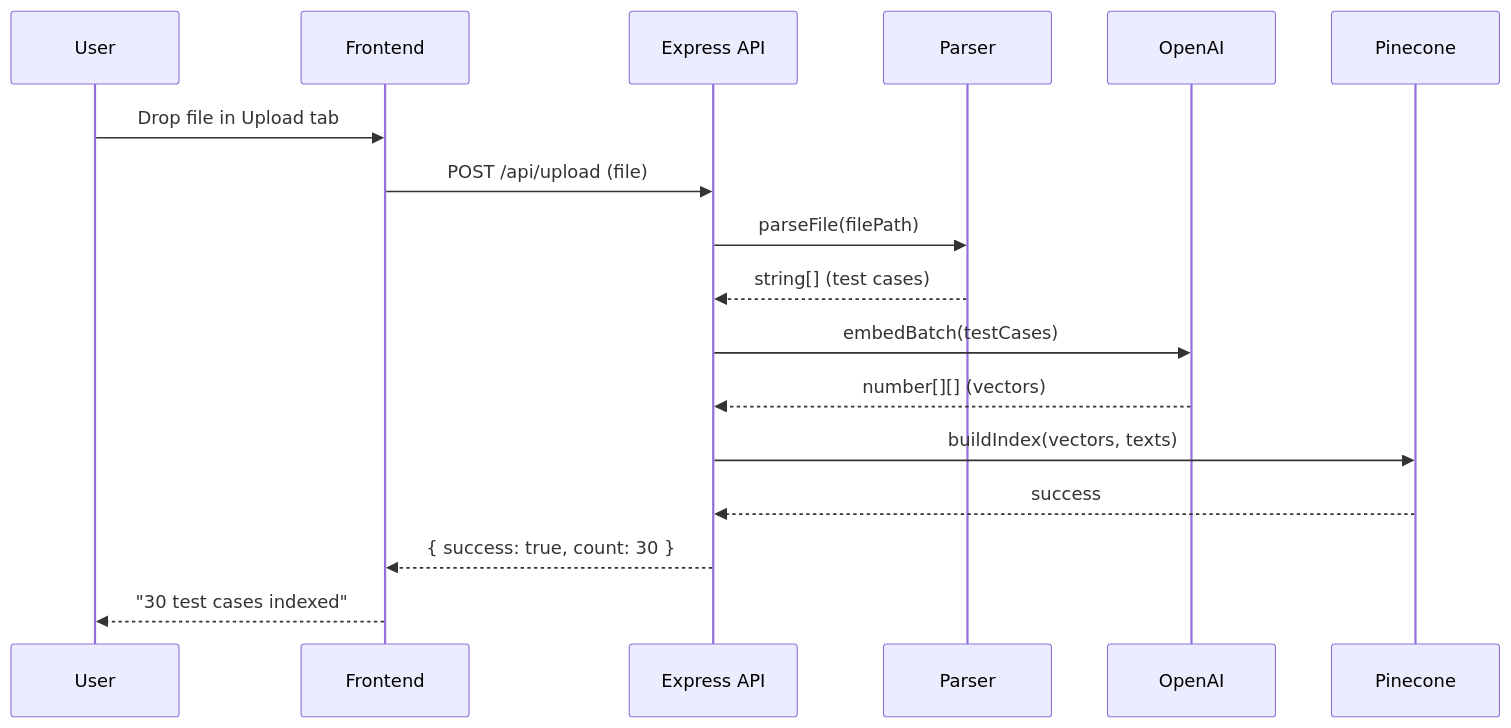
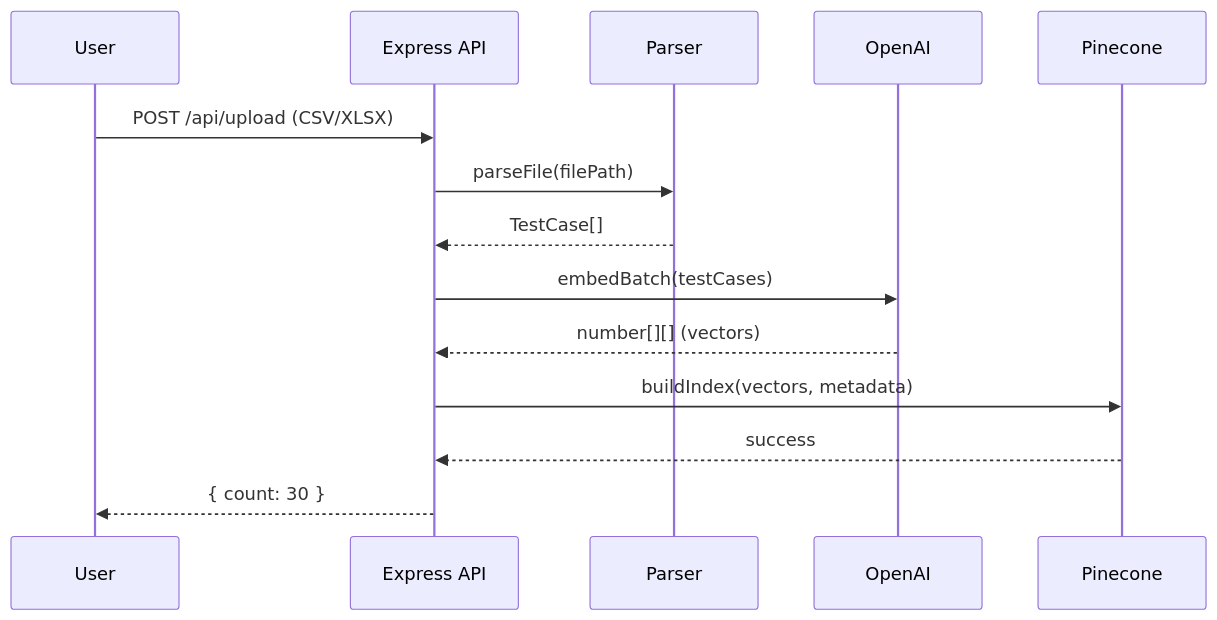
Before and after one commit to Zipstorm/test-lens: the third of 4 diagrams in README.md, drawn with Mermaid. The commit also changed other lines of this file and 1 other file, not shown here.

````diff
--- a/README.md
+++ b/README.md
@@ -101,20 +130,17 @@
 ```mermaid
 sequenceDiagram
     participant User
-    participant Frontend
     participant API as Express API
     participant Parser
     participant OpenAI
     participant Pinecone
 
-    User->>Frontend: Drop file in Upload tab
-    Frontend->>API: POST /api/upload (file)
+    User->>API: POST /api/upload (CSV/XLSX)
     API->>Parser: parseFile(filePath)
-    Parser-->>API: string[] (test cases)
+    Parser-->>API: TestCase[]
     API->>OpenAI: embedBatch(testCases)
     OpenAI-->>API: number[][] (vectors)
-    API->>Pinecone: buildIndex(vectors, texts)
+    API->>Pinecone: buildIndex(vectors, metadata)
     Pinecone-->>API: success
-    API-->>Frontend: { success: true, count: 30 }
-    Frontend-->>User: "30 test cases indexed"
+    API-->>User: { count: 30 }
 ```
````
